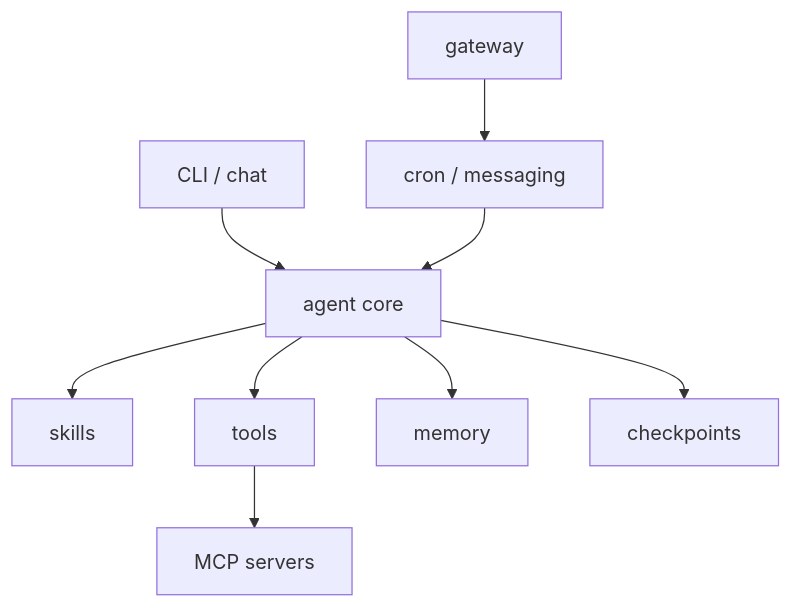
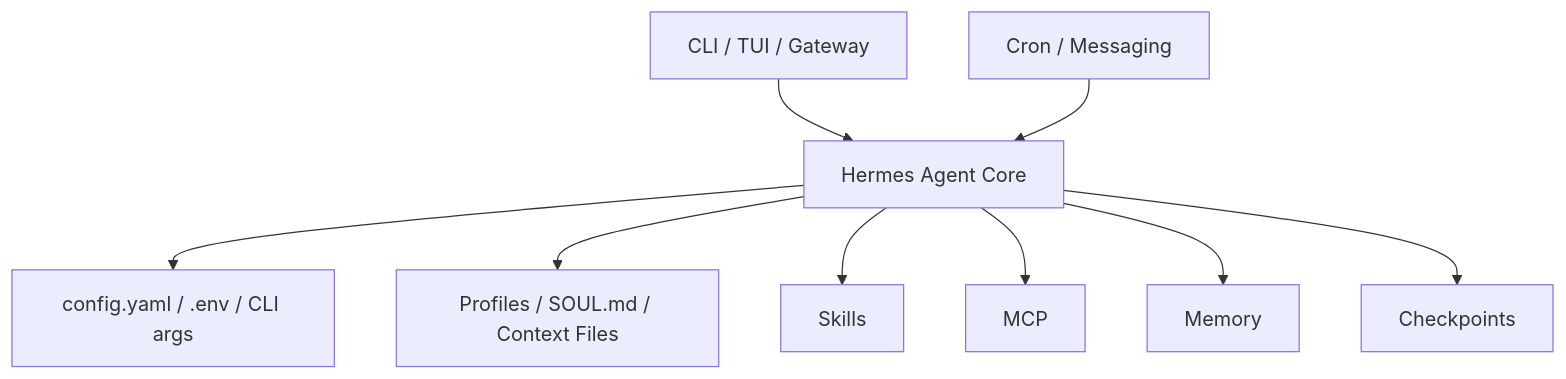
One commit to goura32/techbook changed the first of 7 diagrams in books/hermes-agent-practical/figures-final.md. Above: the diagram before and after it, drawn with Mermaid. The commit also changed other lines of this file and 29 other files, not shown here.

````diff
--- a/books/hermes-agent-practical/figures-final.md
+++ b/books/hermes-agent-practical/figures-final.md
@@ -5,11 +5,11 @@
 ```mermaid
 flowchart TD
-  A["CLI / chat"] --> B["agent core"]
-  B --> C["skills"]
-  B --> D["tools"]
-  D --> E["MCP servers"]
-  B --> F["memory"]
-  B --> G["checkpoints"]
-  H["gateway"] --> I["cron / messaging"]
-  I --> B
+  A["CLI / TUI / Gateway"] --> B["Hermes Agent Core"]
+  B --> C["config.yaml / .env / CLI args"]
+  B --> D["Profiles / SOUL.md / Context Files"]
+  B --> E["Skills"]
+  B --> F["MCP"]
+  B --> G["Memory"]
+  B --> H["Checkpoints"]
+  I["Cron / Messaging"] --> B
 ```
````
